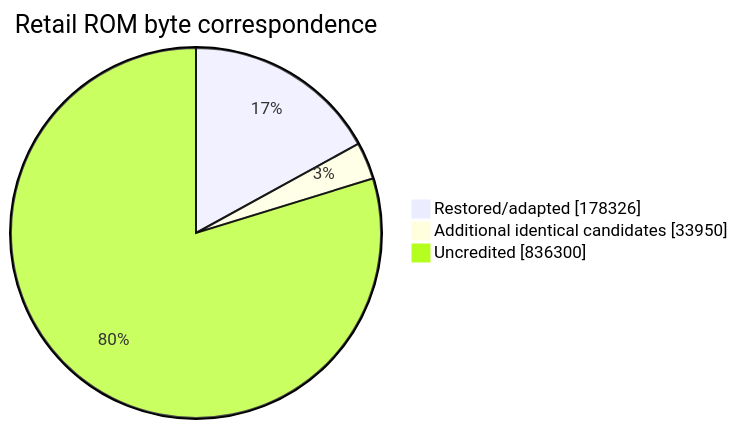
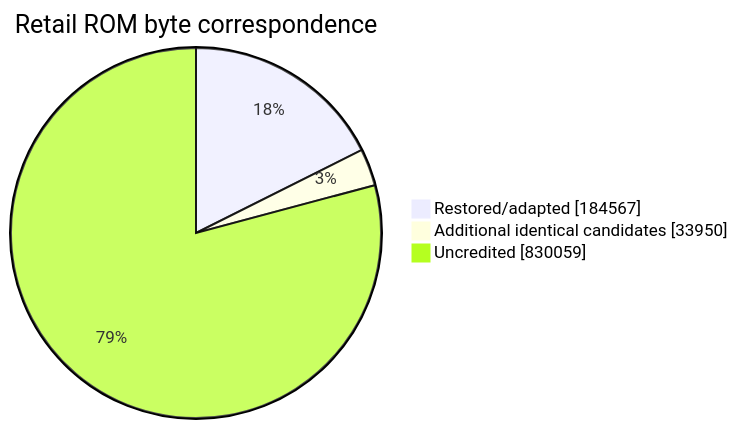
One commit to NachtRaveVL/stuntracefx changed the second of 2 diagrams in readme.md. Above: the diagram before and after it, drawn with Mermaid. The commit also changed other lines of this file and 9 other files, not shown here.

````diff
--- a/readme.md
+++ b/readme.md
@@ -108,7 +108,7 @@
 ```mermaid
 pie showData
     title Retail ROM byte correspondence
-    "Restored/adapted" : 178326
+    "Restored/adapted" : 184567
     "Additional identical candidates" : 33950
-    "Uncredited" : 836300
+    "Uncredited" : 830059
 ```
````
